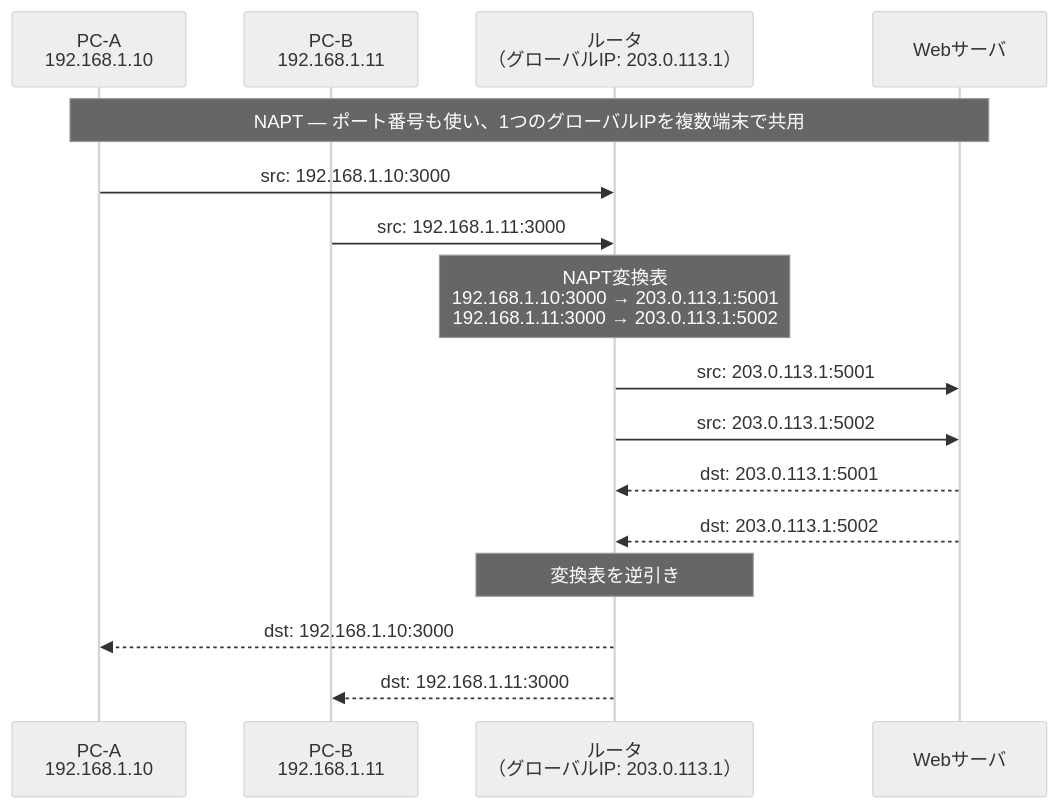
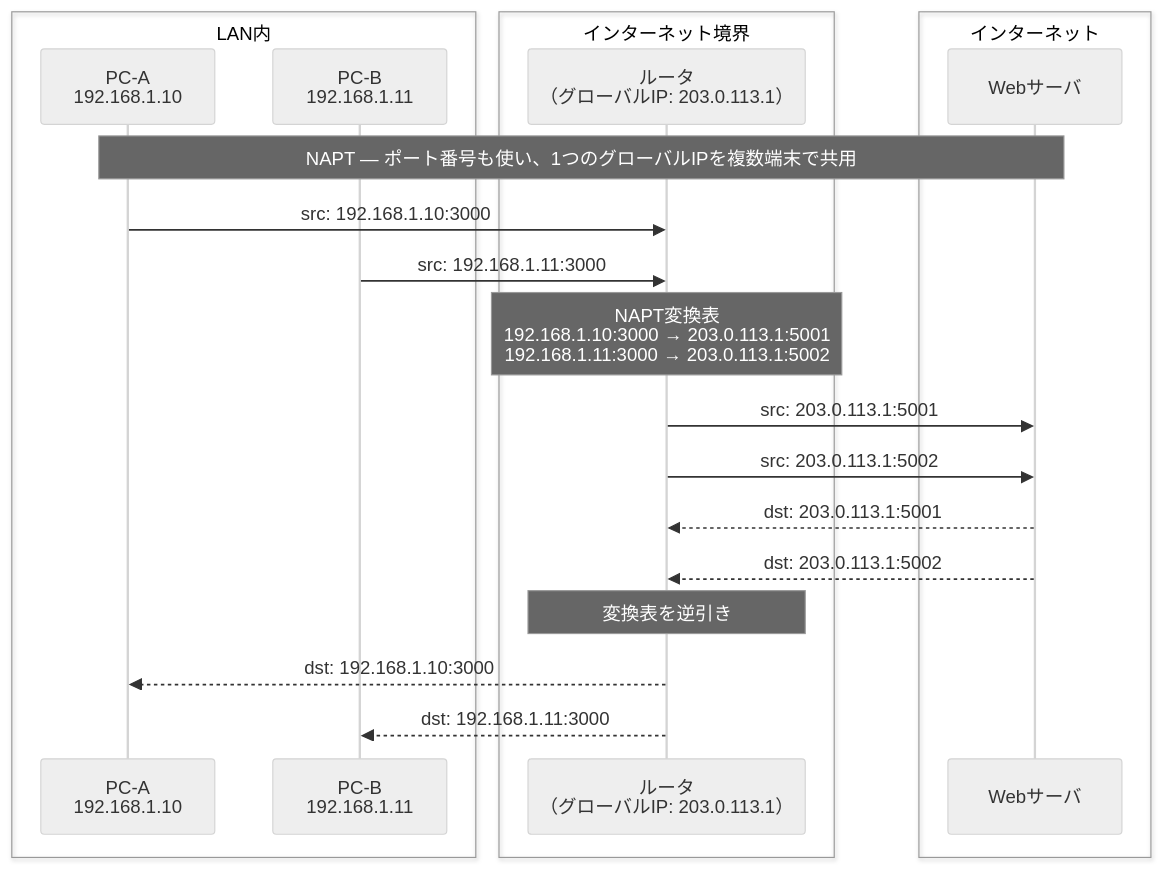
Before and after one commit to Bassiy/share_knowledge: the second of 2 diagrams in concepts/nat_napt.md, drawn with Mermaid (neutral theme). The commit also changed other lines of this file, not shown here.

````diff
--- a/concepts/nat_napt.md
+++ b/concepts/nat_napt.md
@@ -73,19 +47,25 @@
 ```mermaid
 sequenceDiagram
+    box LAN内
     participant A as PC-A<br/>192.168.1.10
     participant B as PC-B<br/>192.168.1.11
+    end
+    box インターネット境界
     participant R as ルータ<br/>（グローバルIP: 203.0.113.1）
+    end
+    box インターネット
     participant W as Webサーバ
+    end
 
     Note over A,W: NAPT — ポート番号も使い、1つのグローバルIPを複数端末で共用
     A->>R: src: 192.168.1.10:3000
     B->>R: src: 192.168.1.11:3000
     Note over R: NAPT変換表<br/>192.168.1.10:3000 → 203.0.113.1:5001<br/>192.168.1.11:3000 → 203.0.113.1:5002
     R->>W: src: 203.0.113.1:5001
     R->>W: src: 203.0.113.1:5002
     W-->>R: dst: 203.0.113.1:5001
     W-->>R: dst: 203.0.113.1:5002
     Note over R: 変換表を逆引き
     R-->>A: dst: 192.168.1.10:3000
     R-->>B: dst: 192.168.1.11:3000
 ```
````
